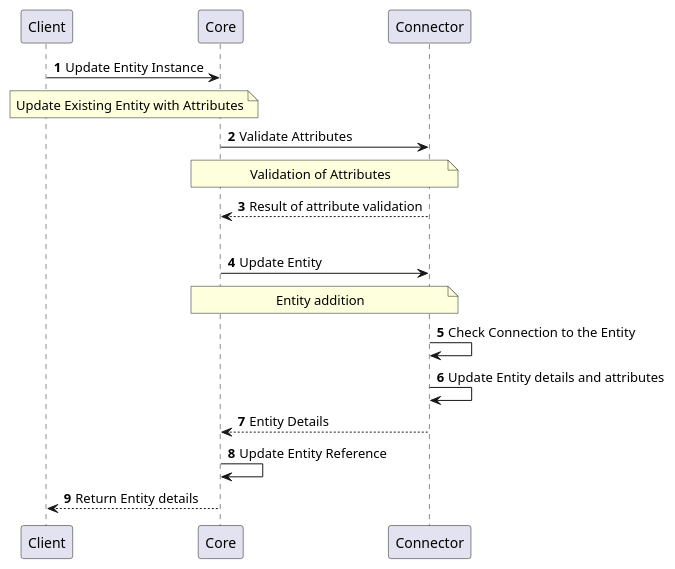
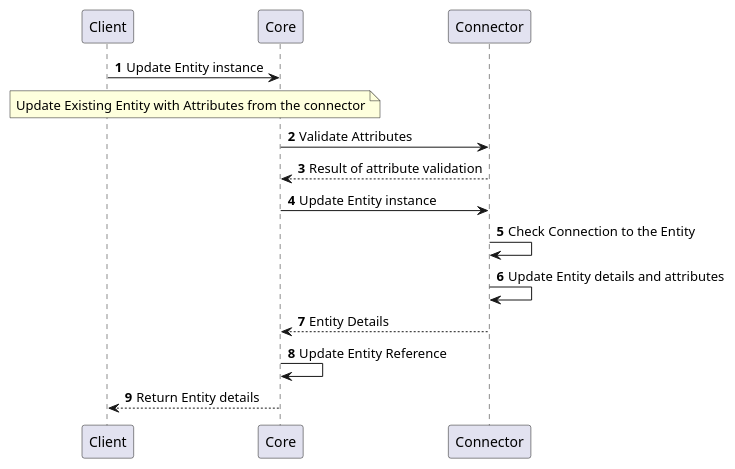
Before and after one commit to CZERTAINLY/CZERTAINLY-Documentation: the third of 13 diagrams in docs/12-connectors/05-description/32-entity-provider.md, drawn with PlantUML. The commit also changed other lines of this file and 8 other files, not shown here.

First line of the commit message:
Update description of plantuml diagrams on the providers

````diff
--- a/docs/12-connectors/05-description/32-entity-provider.md
+++ b/docs/12-connectors/05-description/32-entity-provider.md
@@ -79,19 +61,16 @@
 ```plantuml
     @startuml
     autonumber
     skinparam topurl https://docs.czertainly.com/api/
-        Client -> Core [[core-Entity/#tag/Entity-Management-API/operation/updateEntityInstance]]: Update Entity Instance
-        note over Client,Core: Update Existing Entity with Attributes
+        Client -> Core [[core-Entity/#tag/Entity-Management-API/operation/updateEntityInstance]]: Update Entity instance
+        note over Client,Core: Update Existing Entity with Attributes from the connector
         Core -> Connector [[core-Entity/#tag/Entity-Management-API/operation/validateLocationAttributes]]: Validate Attributes
-        note over Core,Connector: Validation of Attributes
         Connector --> Core: Result of attribute validation
-        |||
-        Core -> Connector [[connector-entity-provider/#tag/Entity-Management-API/operation/updateEntityInstance]]: Update Entity
-        note over Core,Connector: Entity addition
+        Core -> Connector [[connector-entity-provider/#tag/Entity-Management-API/operation/updateEntityInstance]]: Update Entity instance
         Connector -> Connector: Check Connection to the Entity
         Connector -> Connector: Update Entity details and attributes
         Connector --> Core: Entity Details
         Core -> Core: Update Entity Reference
         Core --> Client: Return Entity details
     @enduml
 ```
````
